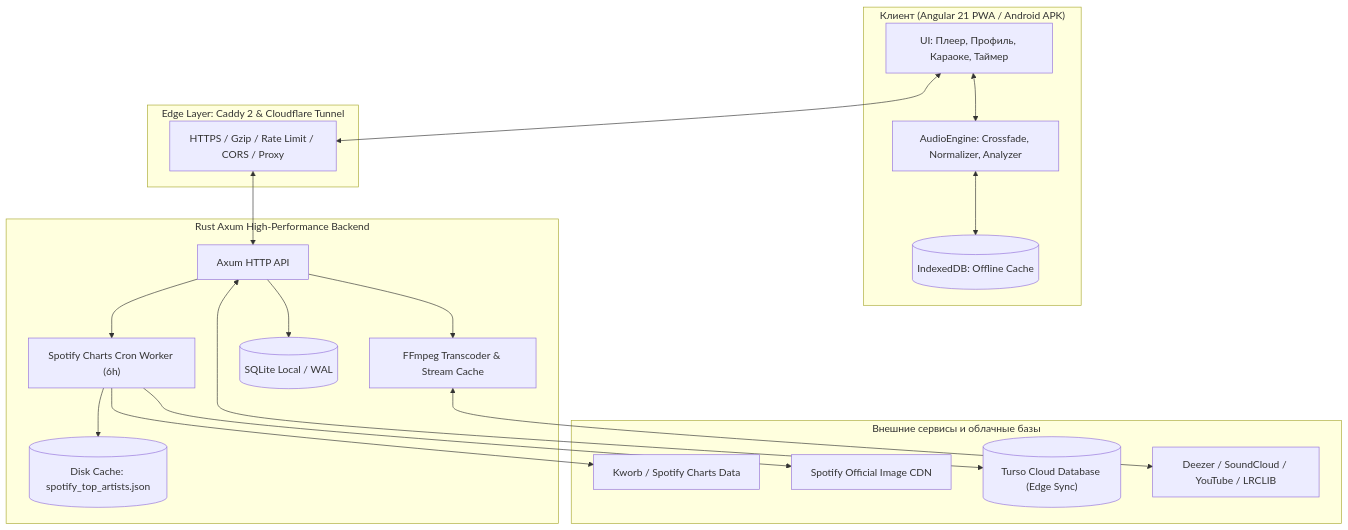
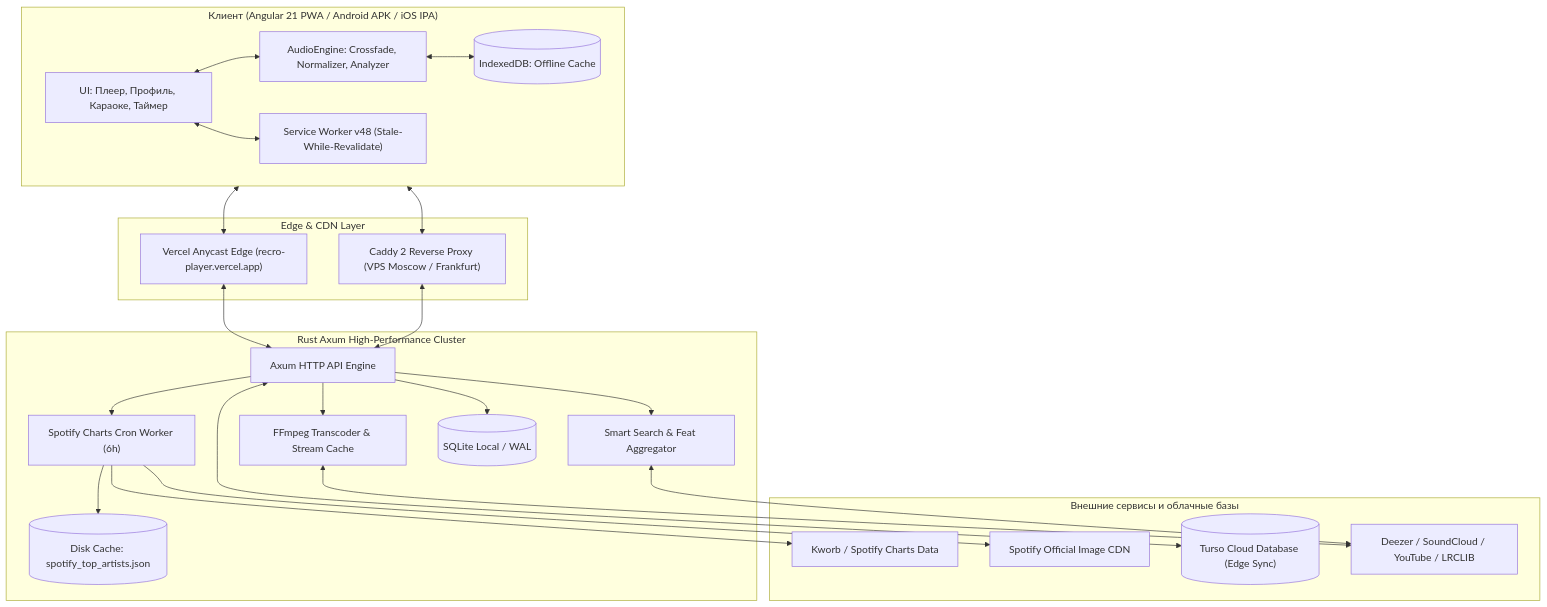
The diagram in README.md (Ren4ik7284/Recro), drawn with Mermaid before and after one commit. The commit also changed other lines of this file, not shown here.

Commit message:
docs: update README with fresh Vercel links, direct APK/IPA downloads, and wave feat features

````diff
--- a/README.md
+++ b/README.md
@@ -119,41 +116,49 @@
 ```mermaid
 flowchart TD
-    subgraph Client["Клиент (Angular 21 PWA / Android APK)"]
+    subgraph Client["Клиент (Angular 21 PWA / Android APK / iOS IPA)"]
         UI["UI: Плеер, Профиль, Караоке, Таймер"]
         AudioEng["AudioEngine: Crossfade, Normalizer, Analyzer"]
         OfflineStore[("IndexedDB: Offline Cache")]
+        SW["Service Worker v48 (Stale-While-Revalidate)"]
         UI <--> AudioEng
         AudioEng <--> OfflineStore
+        UI <--> SW
     end
 
-    subgraph Edge["Edge Layer: Caddy 2 & Cloudflare Tunnel"]
-        CaddyGate["HTTPS / Gzip / Rate Limit / CORS / Proxy"]
+    subgraph CDN["Edge & CDN Layer"]
+        VercelCDN["Vercel Anycast Edge (recro-player.vercel.app)"]
+        CaddyGate["Caddy 2 Reverse Proxy (VPS Moscow / Frankfurt)"]
     end
 
-    subgraph Backend["Rust Axum High-Performance Backend"]
-        Router["Axum HTTP API"]
+    subgraph Backend["Rust Axum High-Performance Cluster"]
+        Router["Axum HTTP API Engine"]
         SpotifyWorker["Spotify Charts Cron Worker (6h)"]
         StreamEng["FFmpeg Transcoder & Stream Cache"]
+        SearchEng["Smart Search & Feat Aggregator"]
         DiscCache[("Disk Cache: spotify_top_artists.json")]
         LocalDB[("SQLite Local / WAL")]
 
         Router --> StreamEng
+        Router --> SearchEng
         Router --> SpotifyWorker
         SpotifyWorker --> DiscCache
         Router --> LocalDB
     end
 
     subgraph Cloud["Внешние сервисы и облачные базы"]
         Kworb["Kworb / Spotify Charts Data"]
         SpotifyCDN["Spotify Official Image CDN"]
         TursoCloud[("Turso Cloud Database (Edge Sync)")]
         Sources["Deezer / SoundCloud / YouTube / LRCLIB"]
     end
 
-    UI <--> CaddyGate
+    Client <--> VercelCDN
+    Client <--> CaddyGate
+    VercelCDN <--> Router
     CaddyGate <--> Router
     SpotifyWorker --> Kworb
     SpotifyWorker --> SpotifyCDN
     Router <--> TursoCloud
     StreamEng <--> Sources
+    SearchEng <--> Sources
 ```
````
